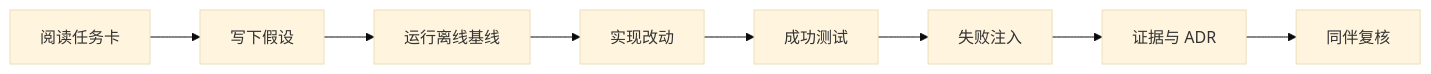
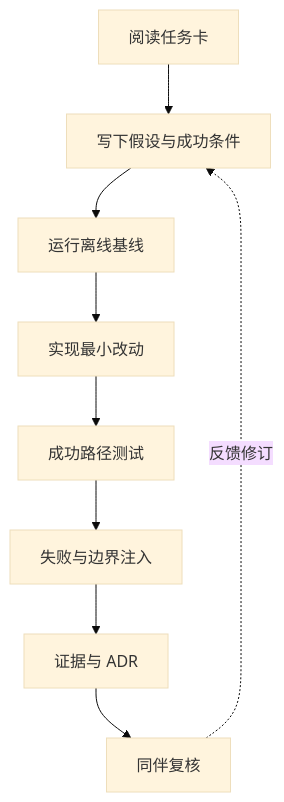
Before and after one commit to wujinjun/ai-agent-book: the diagram in docs/training/student-lab-manual.md, drawn with Mermaid (base theme). The commit also changed other lines of this file and 536 other files, not shown here.

````diff
--- a/docs/training/student-lab-manual.md
+++ b/docs/training/student-lab-manual.md
@@ -7,10 +7,14 @@
 ```mermaid
-flowchart LR
-    A[阅读任务卡] --> B[写下假设]
-    B --> C[运行离线基线]
-    C --> D[实现改动]
-    D --> E[成功测试]
-    E --> F[失败注入]
-    F --> G[证据与 ADR]
-    G --> H[同伴复核]
+%% id: student-lab-evidence-cycle
+%% title: 学员实验的证据闭环
+%% alt: 学员从任务与假设开始，运行基线并修改，通过成功和失败测试后提交证据与决策记录并接受同伴复核
+flowchart TB
+    A["阅读任务卡"] --> B["写下假设与成功条件"]
+    B --> C["运行离线基线"]
+    C --> D["实现最小改动"]
+    D --> E["成功路径测试"]
+    E --> F["失败与边界注入"]
+    F --> G["证据与 ADR"]
+    G --> H["同伴复核"]
+    H -.反馈修订.-> B
 ```
````
